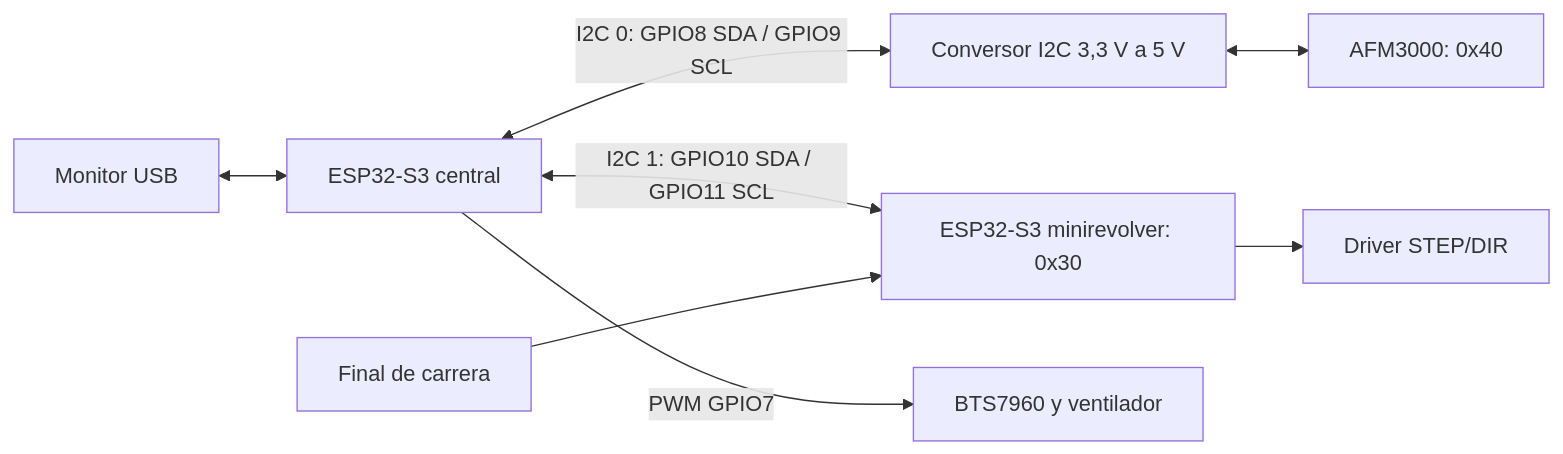
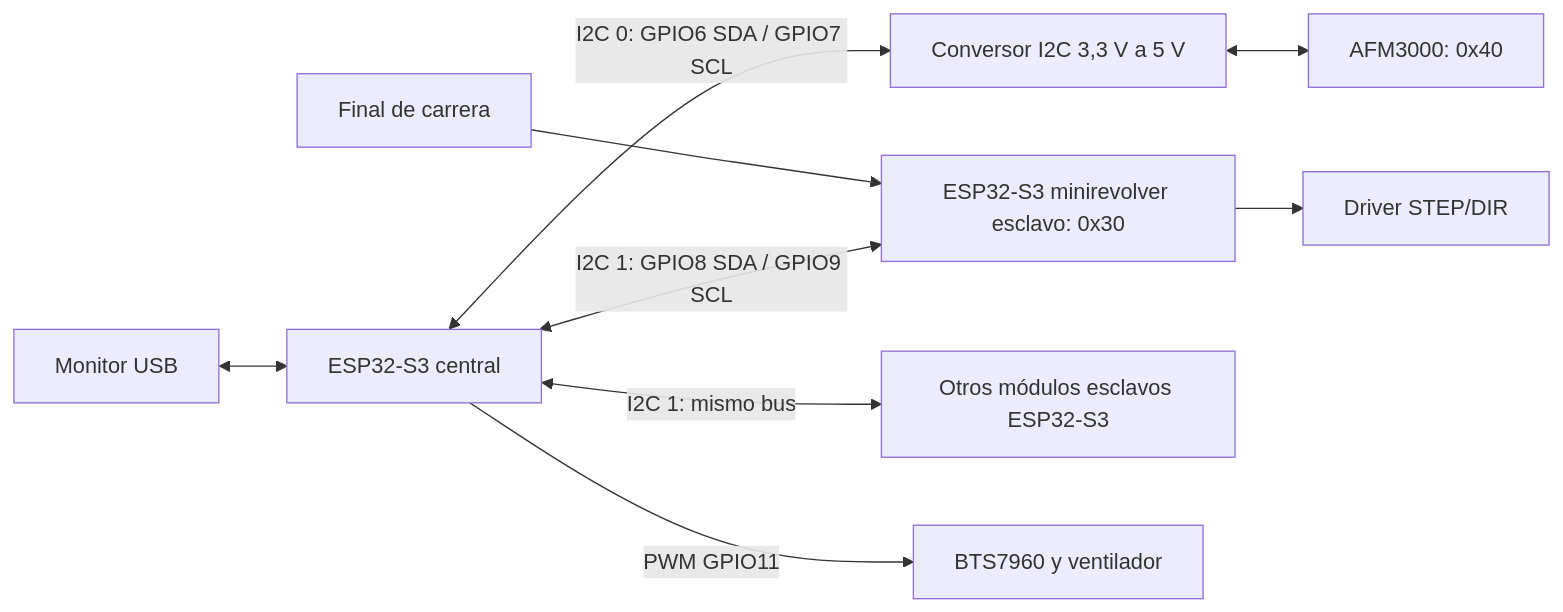
The diagram in sistemasI2C/README.md (AleReb/modularAirFlow), drawn with Mermaid before and after one commit. The commit also changed other lines of this file and 7 other files, not shown here.

````diff
--- a/sistemasI2C/README.md
+++ b/sistemasI2C/README.md
@@ -22,10 +22,11 @@
 ```mermaid
 flowchart LR
   PC[Monitor USB] <--> S3[ESP32-S3 central]
-  S3 <-->|I2C 0: GPIO8 SDA / GPIO9 SCL| NIV[Conversor I2C 3,3 V a 5 V]
+  S3 <-->|I2C 0: GPIO6 SDA / GPIO7 SCL| NIV[Conversor I2C 3,3 V a 5 V]
   NIV <--> AFM[AFM3000: 0x40]
-  S3 <-->|I2C 1: GPIO10 SDA / GPIO11 SCL| REV[ESP32-S3 minirevolver: 0x30]
+  S3 <-->|I2C 1: GPIO8 SDA / GPIO9 SCL| REV[ESP32-S3 minirevolver esclavo: 0x30]
+  S3 <-->|I2C 1: mismo bus| EXTRA[Otros módulos esclavos ESP32-S3]
   REV --> DRV[Driver STEP/DIR]
   SW[Final de carrera] --> REV
-  S3 -->|PWM GPIO7| FAN[BTS7960 y ventilador]
+  S3 -->|PWM GPIO11| FAN[BTS7960 y ventilador]
 ```
````
